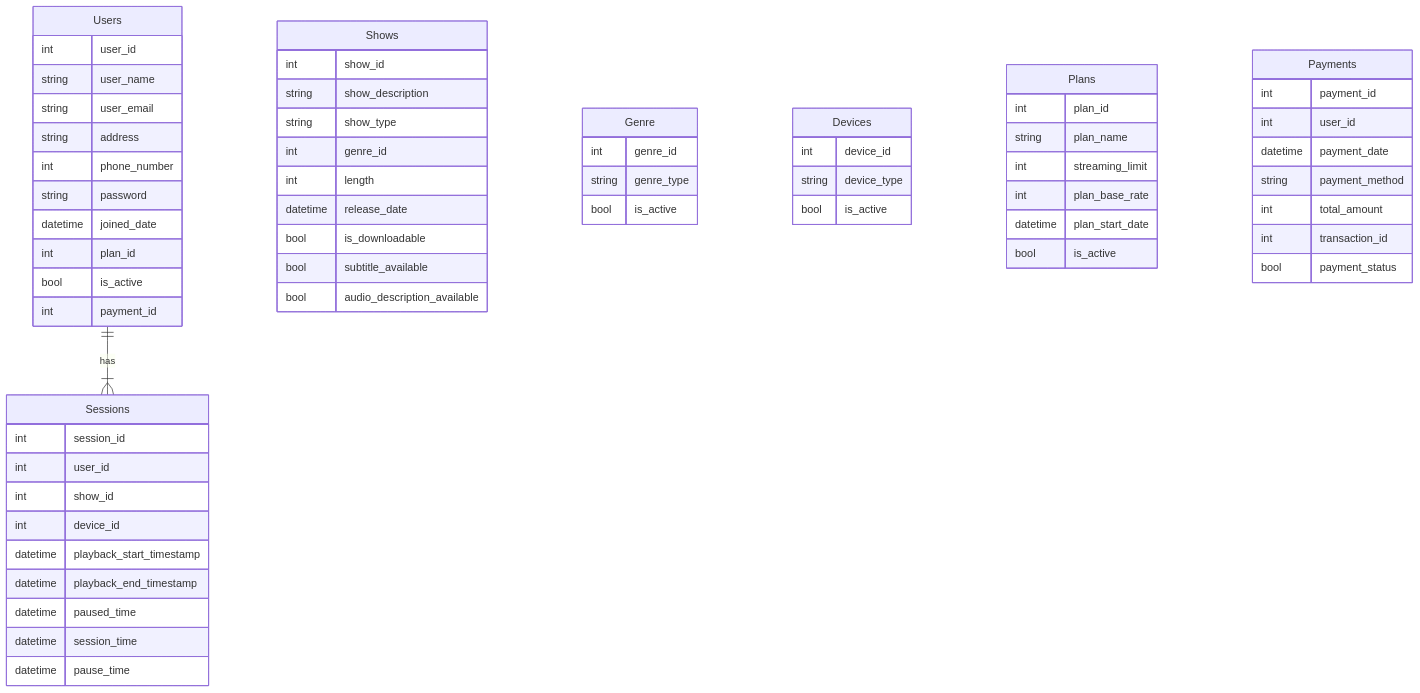
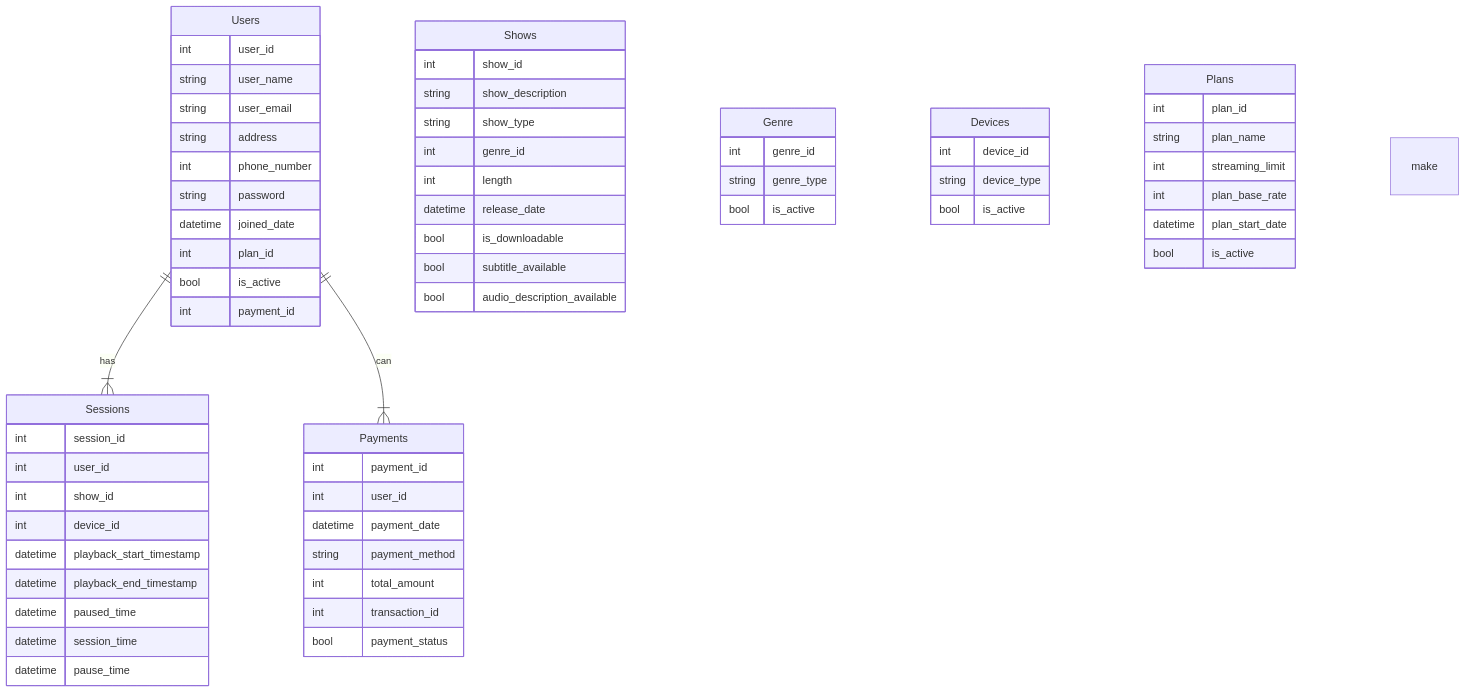
The diagram in README.md (vidishsirdesai/video_streaming_platforms_hld), drawn with Mermaid before and after one commit.

````diff
--- a/README.md
+++ b/README.md
@@ -139,65 +139,66 @@
 ```mermaid
 erDiagram
     a["Users"] {
         int user_id
         string user_name
         string user_email
         string address
         int phone_number
         string password
         datetime joined_date
         int plan_id
         bool is_active
         int payment_id
     }
     b["Shows"] {
         int show_id
         string show_description
         string show_type
         int genre_id
         int length
         datetime release_date
         bool is_downloadable
         bool subtitle_available 
         bool audio_description_available
     }
     c["Sessions"] {
         int session_id
         int user_id
         int show_id
         int device_id
         datetime playback_start_timestamp
         datetime playback_end_timestamp
         datetime paused_time
         datetime session_time
         datetime pause_time
     }
     d["Genre"] {
         int genre_id
         string genre_type
         bool is_active
     }
     e["Devices"] {
         int device_id
         string device_type
         bool is_active
     }
     f["Plans"] {
         int plan_id
         string plan_name
         int streaming_limit
         int plan_base_rate
         datetime plan_start_date
         bool is_active
     }
     g["Payments"] {
         int payment_id
         int user_id
         datetime payment_date
         string payment_method
         int total_amount
         int transaction_id
         bool payment_status
     }
     a ||--|{ c : has
+    a ||--|{ g : can make
 ```
````
